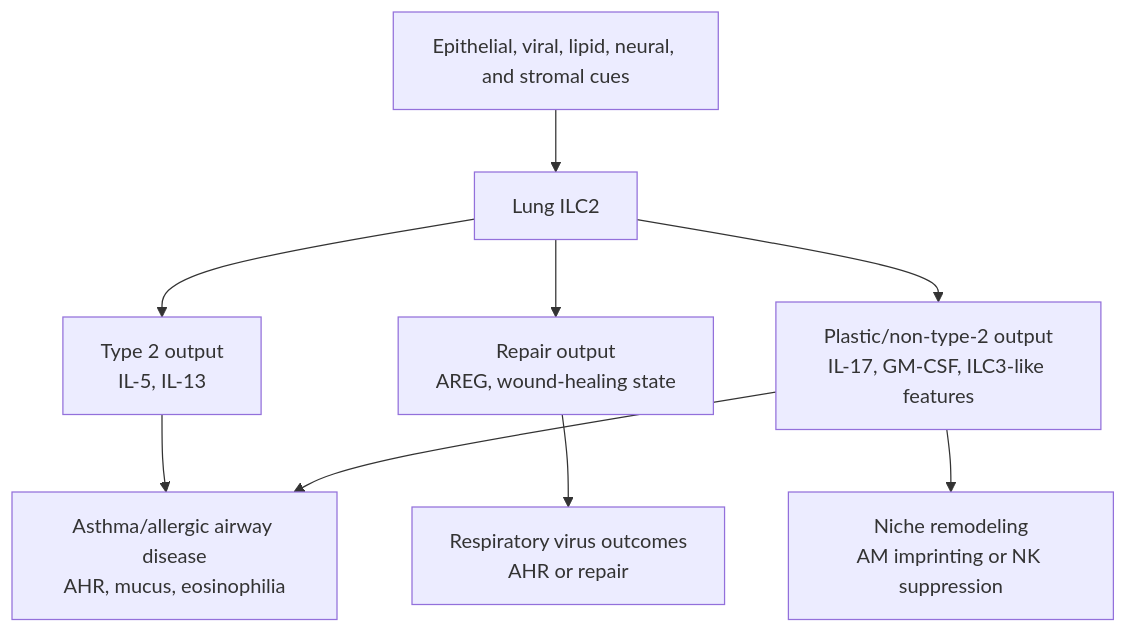
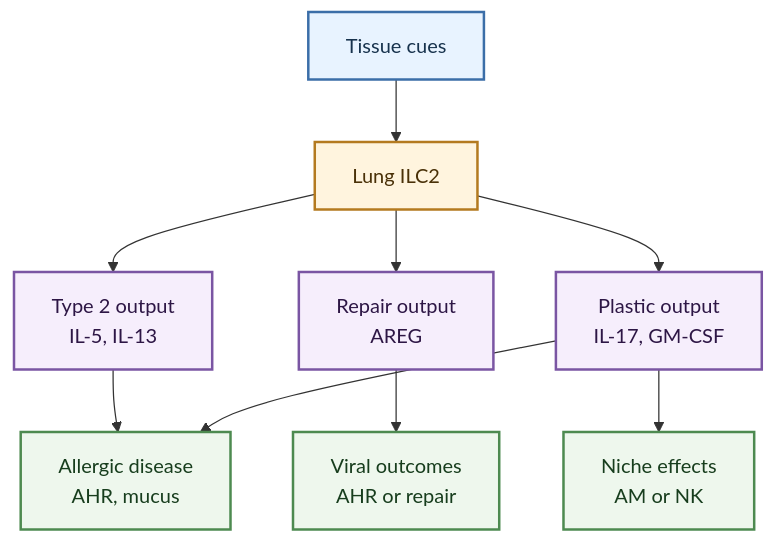
Before and after one commit to shao1116/ILC-Wiki: the diagram in wiki/topics/ILC2_roles_in_pulmonary_disease.md, drawn with Mermaid. The commit also changed 14 other files, not shown here.

````diff
--- a/wiki/topics/ILC2_roles_in_pulmonary_disease.md
+++ b/wiki/topics/ILC2_roles_in_pulmonary_disease.md
@@ -79,20 +79,30 @@
 ```mermaid
 flowchart TD
     accTitle: ILC2 Disease Outcomes
     accDescr: Working map of ILC2 roles across lung disease states in the current wiki source set.
 
-    cues["Epithelial, viral, lipid, neural, and stromal cues"]
+    cues["Tissue cues"]
     ilc2["Lung ILC2"]
     type2["Type 2 output<br/>IL-5, IL-13"]
-    repair["Repair output<br/>AREG, wound-healing state"]
-    plastic["Plastic/non-type-2 output<br/>IL-17, GM-CSF, ILC3-like features"]
-    asthma["Asthma/allergic airway disease<br/>AHR, mucus, eosinophilia"]
-    virus["Respiratory virus outcomes<br/>AHR or repair"]
-    niche["Niche remodeling<br/>AM imprinting or NK suppression"]
+    repair["Repair output<br/>AREG"]
+    plastic["Plastic output<br/>IL-17, GM-CSF"]
+    asthma["Allergic disease<br/>AHR, mucus"]
+    virus["Viral outcomes<br/>AHR or repair"]
+    niche["Niche effects<br/>AM or NK"]
 
     cues --> ilc2
     ilc2 --> type2 --> asthma
     ilc2 --> repair --> virus
     ilc2 --> plastic --> asthma
     plastic --> niche
+
+    classDef cue fill:#e8f3ff,stroke:#3b6ea8,stroke-width:2px,color:#17324d
+    classDef cell fill:#fff4de,stroke:#b47a1f,stroke-width:2px,color:#4a3108
+    classDef output_class fill:#f6eefc,stroke:#7a55a3,stroke-width:2px,color:#2d1645
+    classDef disease fill:#eef7ed,stroke:#4d8a50,stroke-width:2px,color:#173d1d
+
+    class cues cue
+    class ilc2 cell
+    class type2,repair,plastic output_class
+    class asthma,virus,niche disease
 ```
````
